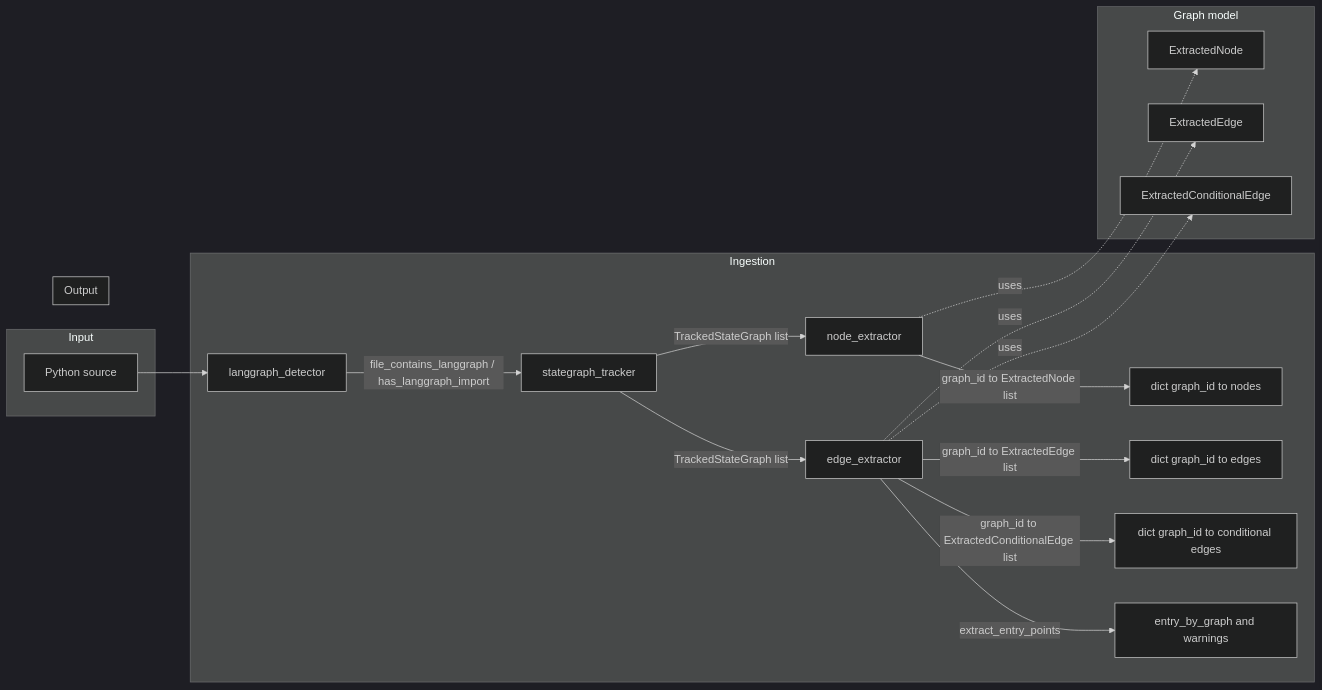
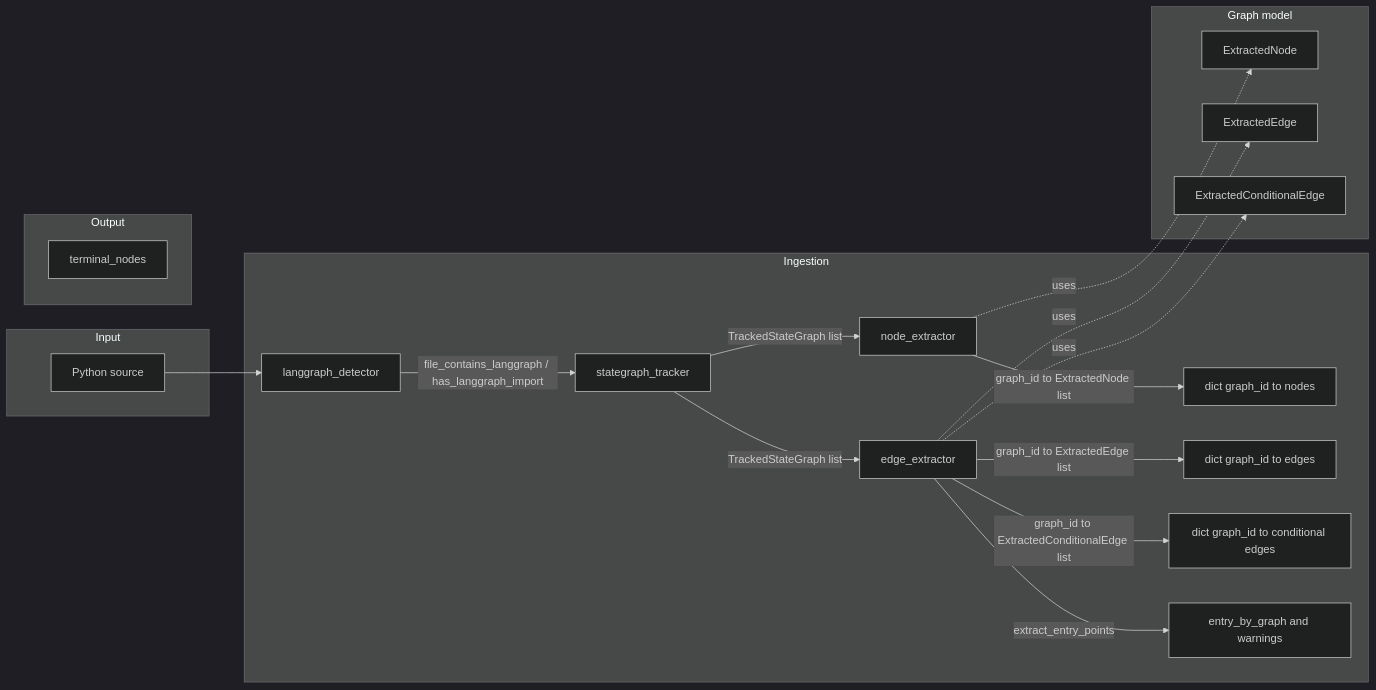
Before and after one commit to xZiro-Lab/Noctyl: the first of 9 diagrams in docs/flow-diagrams.md, drawn with Mermaid (dark theme). The commit also changed other lines of this file and 4 other files, not shown here.

````diff
--- a/docs/flow-diagrams.md
+++ b/docs/flow-diagrams.md
@@ -13,34 +13,35 @@
 ```mermaid
 flowchart LR
   subgraph input [Input]
     Source[Python source]
   end
   subgraph ingestion [Ingestion]
     Detector[langgraph_detector]
     Tracker[stategraph_tracker]
     NodeExt[node_extractor]
     EdgeExt[edge_extractor]
     Source --> Detector
     Detector -->|file_contains_langgraph / has_langgraph_import| Tracker
     Tracker -->|TrackedStateGraph list| NodeExt
     Tracker -->|TrackedStateGraph list| EdgeExt
     NodeExt -->|graph_id to ExtractedNode list| OutNodes
     EdgeExt -->|graph_id to ExtractedEdge list| OutEdges
     EdgeExt -->|graph_id to ExtractedConditionalEdge list| OutCondEdges
     EdgeExt -->|extract_entry_points| EntryOut[entry_by_graph + warnings]
   end
   subgraph graph [Graph model]
     EN[ExtractedNode]
     EE[ExtractedEdge]
     CEE[ExtractedConditionalEdge]
   end
   NodeExt -.->|uses| EN
   EdgeExt -.->|uses| EE
   EdgeExt -.->|uses| CEE
   subgraph output [Output]
     OutNodes[dict graph_id to nodes]
     OutEdges[dict graph_id to edges]
     OutCondEdges[dict graph_id to conditional edges]
     EntryOut[entry_by_graph and warnings]
+    OutTerminal[terminal_nodes]
   end
 ```
````
